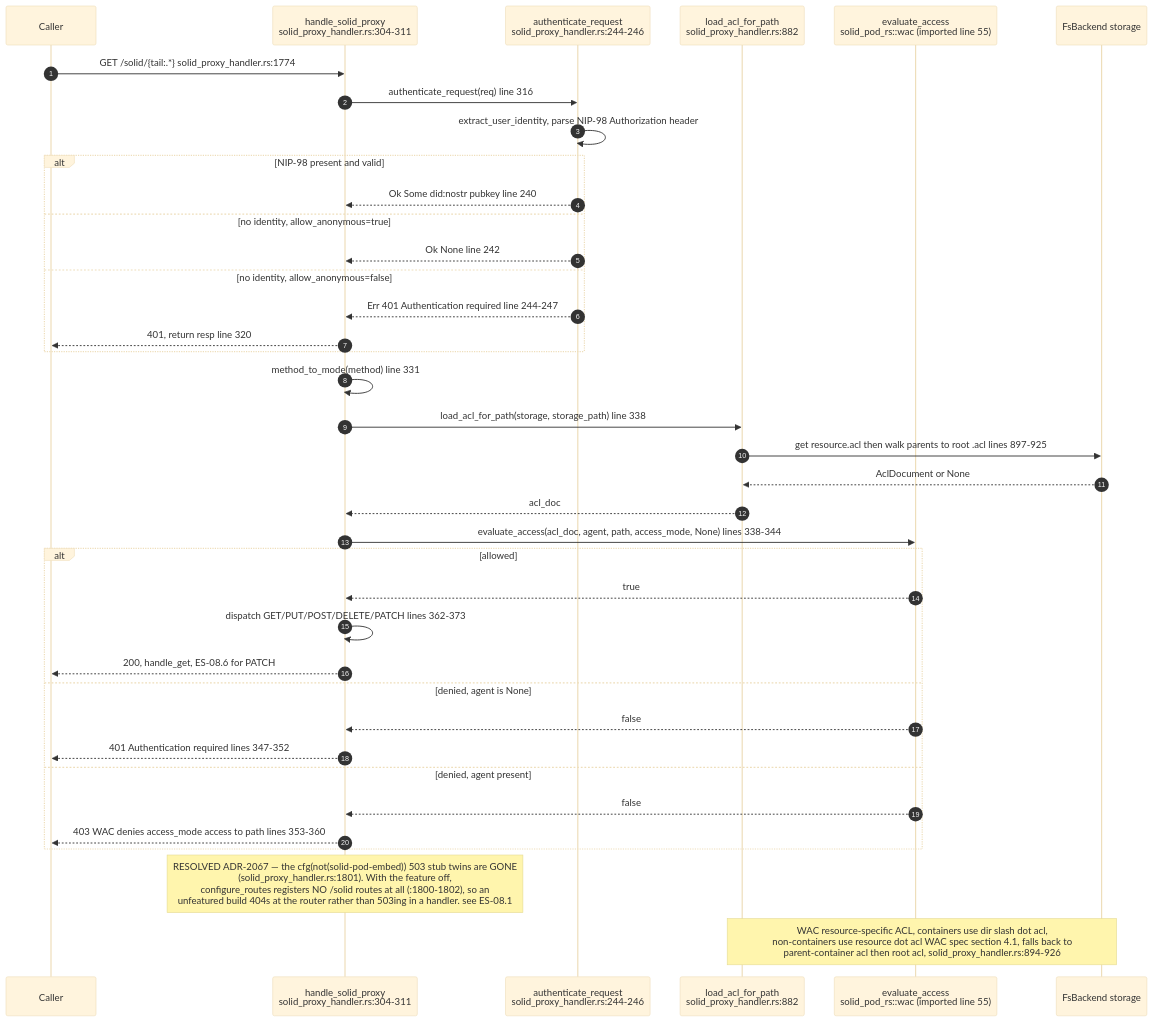
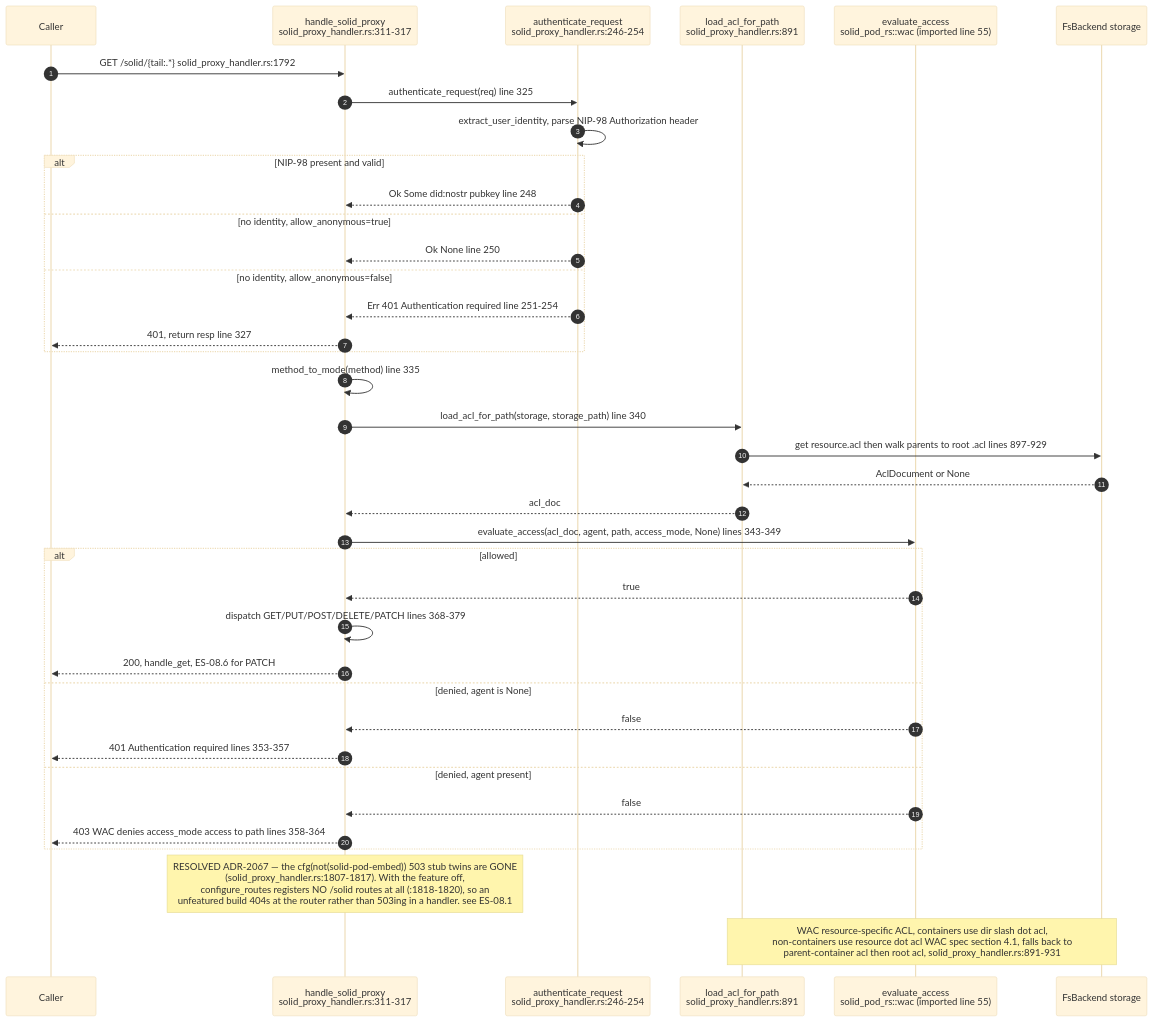
One commit to DreamLab-AI/VisionFlow changed the fourth of 12 diagrams in docs/diagrams/estate/08-solid-pod-estate.md. Above: the diagram before and after it, drawn with Mermaid (base theme). The commit also changed other lines of this file and 111 other files, not shown here.

Commit message:
docs(diagrams): align estate maps with current source

````diff
--- a/docs/diagrams/estate/08-solid-pod-estate.md
+++ b/docs/diagrams/estate/08-solid-pod-estate.md
@@ -167,44 +167,44 @@
 ```mermaid
 sequenceDiagram
     autonumber
     participant C as Caller
-    participant H as handle_solid_proxy<br/>solid_proxy_handler.rs:304-311
-    participant AUTH as authenticate_request<br/>solid_proxy_handler.rs:244-246
-    participant ACL as load_acl_for_path<br/>solid_proxy_handler.rs:882
+    participant H as handle_solid_proxy<br/>solid_proxy_handler.rs:311-317
+    participant AUTH as authenticate_request<br/>solid_proxy_handler.rs:246-254
+    participant ACL as load_acl_for_path<br/>solid_proxy_handler.rs:891
     participant WAC as evaluate_access<br/>solid_pod_rs::wac (imported line 55)
     participant FS as FsBackend storage
 
-    C->>H: GET /solid/{tail:.*} solid_proxy_handler.rs:1774
-    H->>AUTH: authenticate_request(req) line 316
+    C->>H: GET /solid/{tail:.*} solid_proxy_handler.rs:1792
+    H->>AUTH: authenticate_request(req) line 325
     AUTH->>AUTH: extract_user_identity, parse NIP-98 Authorization header
     alt NIP-98 present and valid
-        AUTH-->>H: Ok Some did:nostr pubkey line 240
+        AUTH-->>H: Ok Some did:nostr pubkey line 248
     else no identity, allow_anonymous=true
-        AUTH-->>H: Ok None line 242
+        AUTH-->>H: Ok None line 250
     else no identity, allow_anonymous=false
-        AUTH-->>H: Err 401 Authentication required line 244-247
-        H-->>C: 401, return resp line 320
+        AUTH-->>H: Err 401 Authentication required line 251-254
+        H-->>C: 401, return resp line 327
     end
 
-    H->>H: method_to_mode(method) line 331
-    H->>ACL: load_acl_for_path(storage, storage_path) line 338
-    ACL->>FS: get resource.acl then walk parents to root .acl lines 897-925
+    H->>H: method_to_mode(method) line 335
+    H->>ACL: load_acl_for_path(storage, storage_path) line 340
+    ACL->>FS: get resource.acl then walk parents to root .acl lines 897-929
     FS-->>ACL: AclDocument or None
     ACL-->>H: acl_doc
 
-    H->>WAC: evaluate_access(acl_doc, agent, path, access_mode, None) lines 338-344
+    H->>WAC: evaluate_access(acl_doc, agent, path, access_mode, None) lines 343-349
     alt allowed
         WAC-->>H: true
-        H->>H: dispatch GET/PUT/POST/DELETE/PATCH lines 362-373
+        H->>H: dispatch GET/PUT/POST/DELETE/PATCH lines 368-379
         H-->>C: 200, handle_get, ES-08.6 for PATCH
     else denied, agent is None
         WAC-->>H: false
-        H-->>C: 401 Authentication required lines 347-352
+        H-->>C: 401 Authentication required lines 353-357
     else denied, agent present
         WAC-->>H: false
-        H-->>C: 403 WAC denies access_mode access to path lines 353-360
+        H-->>C: 403 WAC denies access_mode access to path lines 358-364
     end
 
-    Note over H: RESOLVED ADR-2067 — the cfg(not(solid-pod-embed)) 503 stub twins are GONE<br/>(solid_proxy_handler.rs:1801). With the feature off,<br/>configure_routes registers NO /solid routes at all (:1800-1802), so an<br/>unfeatured build 404s at the router rather than 503ing in a handler. see ES-08.1
-    Note over ACL,FS: WAC resource-specific ACL, containers use dir slash dot acl,<br/>non-containers use resource dot acl WAC spec section 4.1, falls back to<br/>parent-container acl then root acl, solid_proxy_handler.rs:894-926
+    Note over H: RESOLVED ADR-2067 — the cfg(not(solid-pod-embed)) 503 stub twins are GONE<br/>(solid_proxy_handler.rs:1807-1817). With the feature off,<br/>configure_routes registers NO /solid routes at all (:1818-1820), so an<br/>unfeatured build 404s at the router rather than 503ing in a handler. see ES-08.1
+    Note over ACL,FS: WAC resource-specific ACL, containers use dir slash dot acl,<br/>non-containers use resource dot acl WAC spec section 4.1, falls back to<br/>parent-container acl then root acl, solid_proxy_handler.rs:891-931
 ```
````
